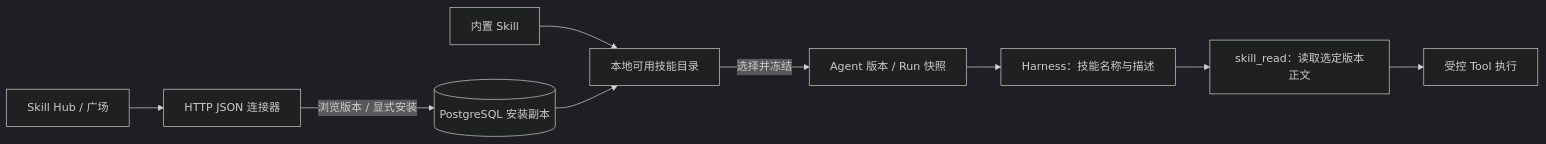
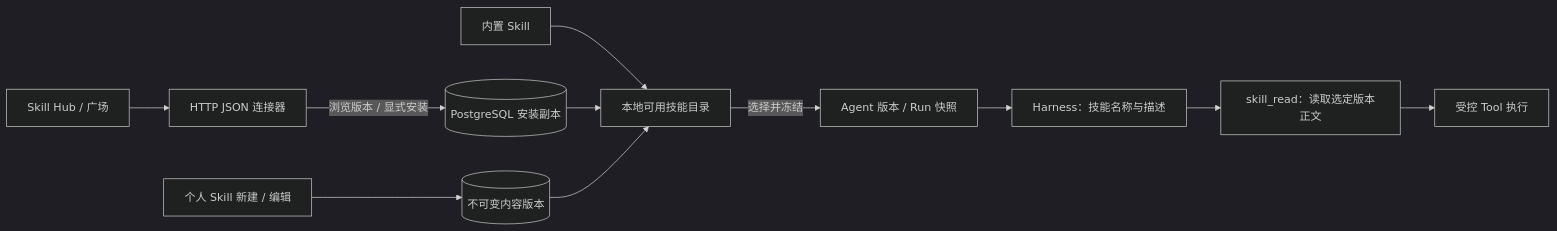
Before and after one commit to bundigit9527/AgentForge: the diagram in docs/skills.md, drawn with Mermaid (dark theme). The commit also changed other lines of this file and 86 other files, not shown here.

````diff
--- a/docs/skills.md
+++ b/docs/skills.md
@@ -9,11 +9,12 @@
 ```mermaid
 flowchart LR
     B[内置 Skill] --> C[本地可用技能目录]
     H[Skill Hub / 广场] --> A[HTTP JSON 连接器]
     A -->|浏览版本 / 显式安装| P[(PostgreSQL 安装副本)]
     P --> C
+    U[个人 Skill 新建 / 编辑] --> UV[(不可变内容版本)] --> C
     C -->|选择并冻结| V[Agent 版本 / Run 快照]
     V --> R[Harness：技能名称与描述]
     R --> S[skill_read：读取选定版本正文]
     S --> T[受控 Tool 执行]
 ```
````
